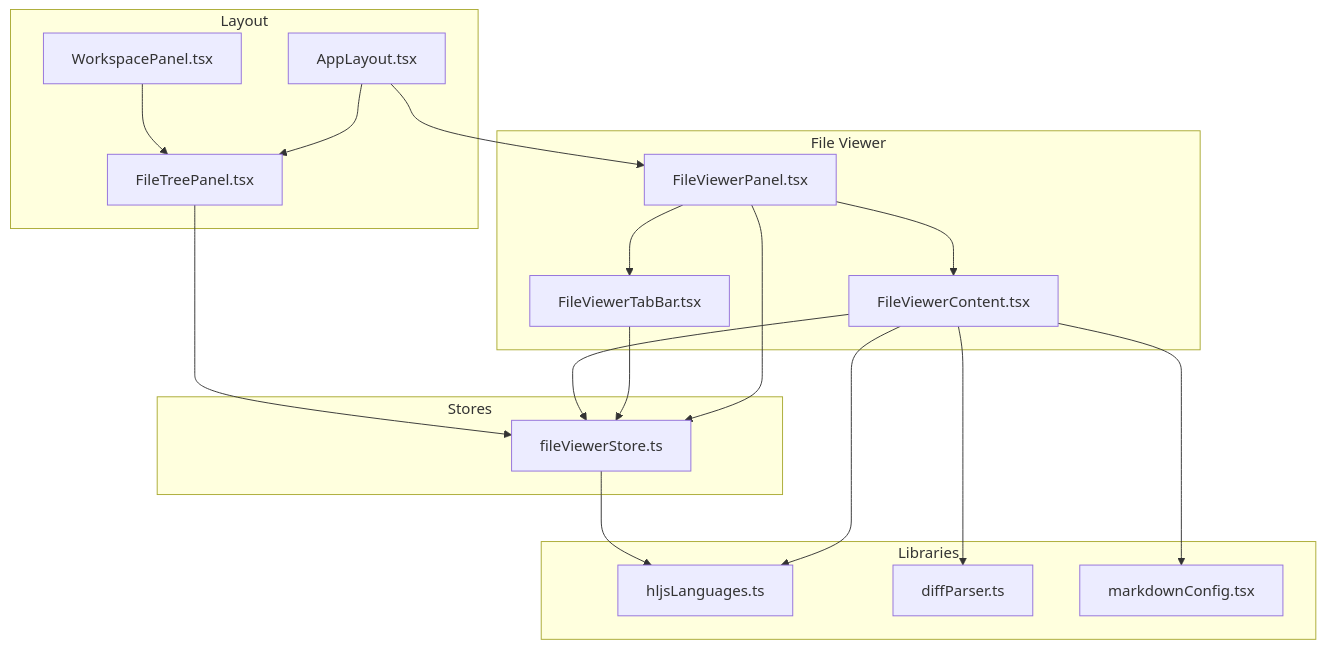
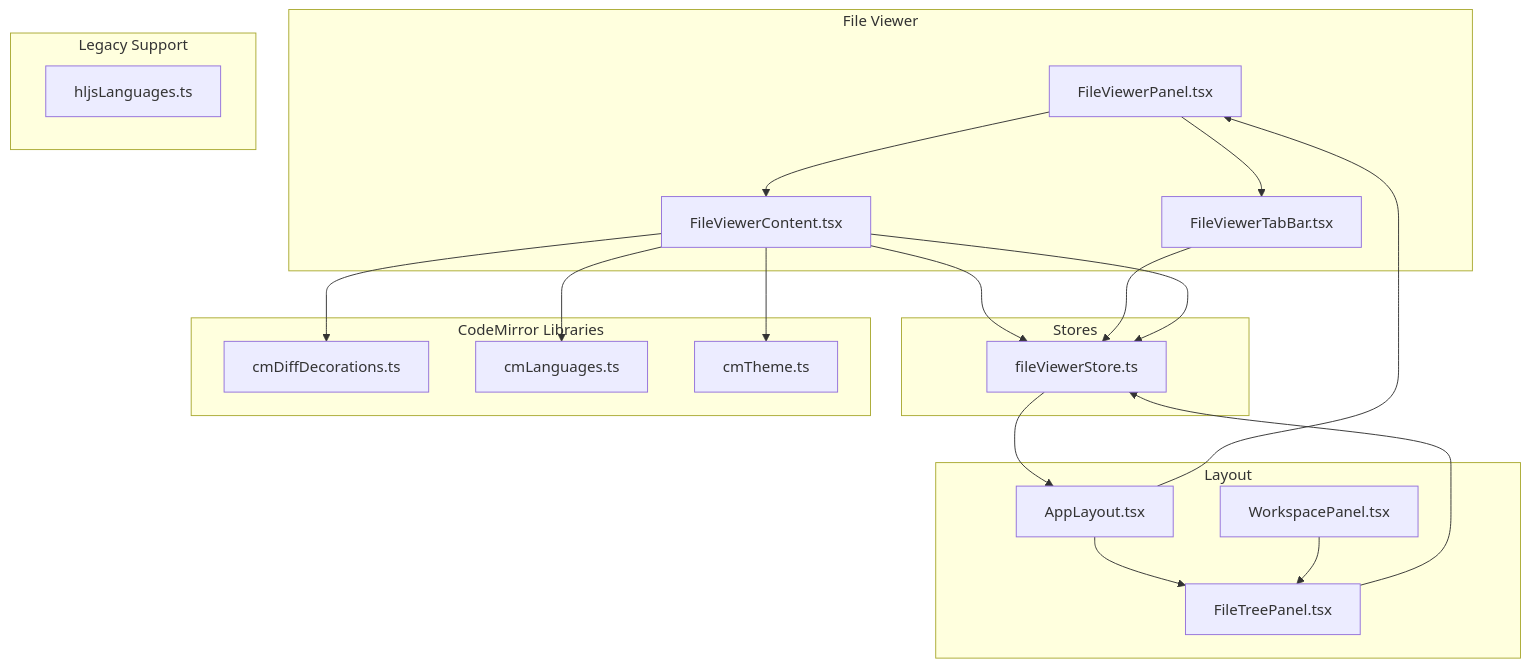
One commit to v0lka/c0wrk changed the first of 10 diagrams in .qoder/repowiki/en/content/Frontend Application/UI Components/File Viewer Components.md. Above: the diagram before and after it, drawn with Mermaid. The commit also changed other lines of this file and 3 other files, not shown here.

````diff
--- a/.qoder/repowiki/en/content/Frontend Application/UI Components/File Viewer Components.md
+++ b/.qoder/repowiki/en/content/Frontend Application/UI Components/File Viewer Components.md
@@ -35,34 +47,37 @@
 ```mermaid
 graph TB
 subgraph "File Viewer"
 P["FileViewerPanel.tsx"]
 T["FileViewerTabBar.tsx"]
 C["FileViewerContent.tsx"]
 end
 subgraph "Stores"
 S["fileViewerStore.ts"]
 end
-subgraph "Libraries"
+subgraph "CodeMirror Libraries"
+CD["cmDiffDecorations.ts"]
+CL["cmLanguages.ts"]
+CT["cmTheme.ts"]
+end
+subgraph "Legacy Support"
 HL["hljsLanguages.ts"]
-DP["diffParser.ts"]
-MC["markdownConfig.tsx"]
 end
 subgraph "Layout"
 AL["AppLayout.tsx"]
 WP["WorkspacePanel.tsx"]
 FTP["FileTreePanel.tsx"]
 end
 P --> T
 P --> C
-C --> HL
-C --> DP
-C --> MC
-P --> S
+C --> CD
+C --> CL
+C --> CT
+C --> S
 T --> S
 C --> S
-S --> HL
+S --> AL
 AL --> P
 AL --> FTP
 FTP --> S
 WP --> FTP
 ```
````
